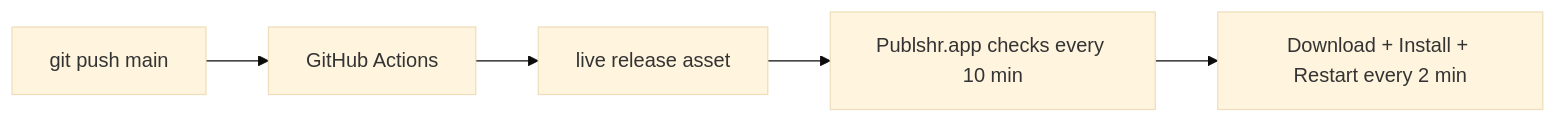
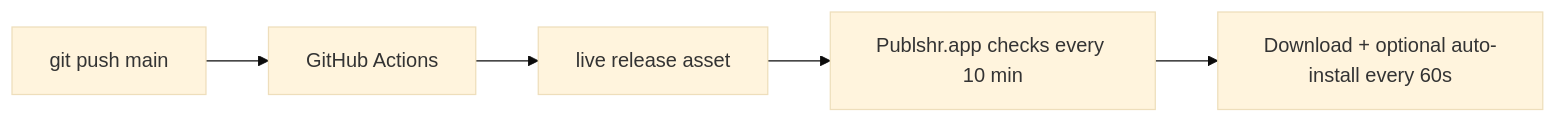
One commit to hiagoccss-svg/publshr.exe changed the diagram in mac/publshr/docs/AUTO_UPDATE.md. Above: the diagram before and after it, drawn with Mermaid (base theme). The commit also changed other lines of this file and 13 other files, not shown here.

````diff
--- a/mac/publshr/docs/AUTO_UPDATE.md
+++ b/mac/publshr/docs/AUTO_UPDATE.md
@@ -15,7 +15,7 @@
 ```mermaid
 flowchart LR
   A[git push main] --> B[GitHub Actions]
   B --> C[live release asset]
   C --> D[Publshr.app checks every 10 min]
-  D --> E[Download + Install + Restart every 2 min]
+  D --> E[Download + optional auto-install every 60s]
 ```
````
